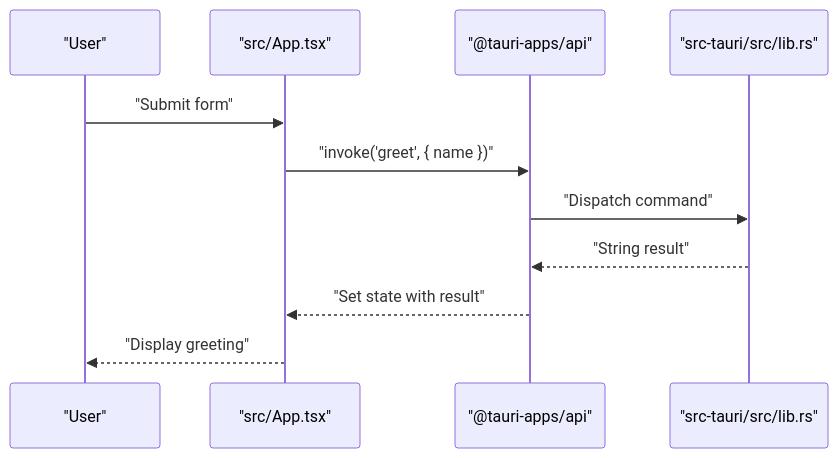
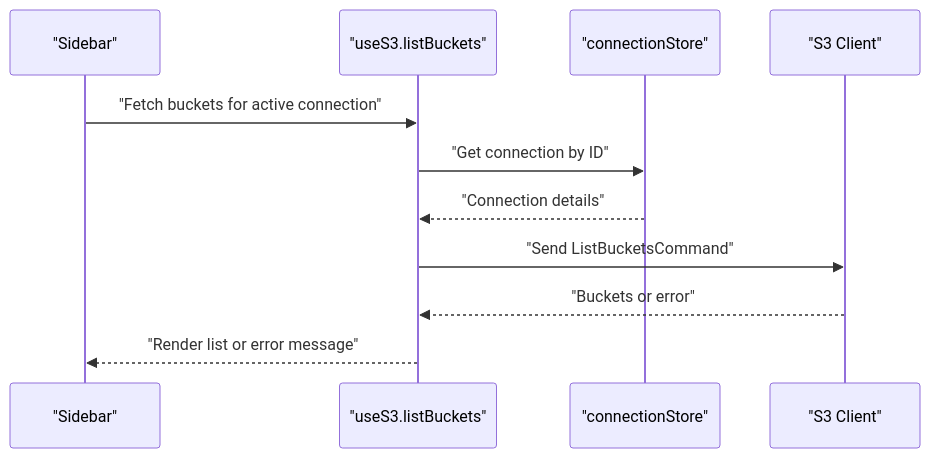
The sixth of 7 diagrams in .qoder/repowiki/en/content/Troubleshooting.md (nasrulhadi/s3-explorer), drawn with Mermaid before and after one commit. The commit also changed other lines of this file and 46 other files, not shown here.

````diff
--- a/.qoder/repowiki/en/content/Troubleshooting.md
+++ b/.qoder/repowiki/en/content/Troubleshooting.md
@@ -136,13 +257,13 @@
 ```mermaid
 sequenceDiagram
-participant User as "User"
-participant UI as "src/App.tsx"
-participant TauriJS as "@tauri-apps/api"
-participant Backend as "src-tauri/src/lib.rs"
-User->>UI : "Submit form"
-UI->>TauriJS : "invoke('greet', { name })"
-TauriJS->>Backend : "Dispatch command"
-Backend-->>TauriJS : "String result"
-TauriJS-->>UI : "Set state with result"
-UI-->>User : "Display greeting"
+participant Sidebar as "Sidebar"
+participant S3Hook as "useS3.listBuckets"
+participant Store as "connectionStore"
+participant S3 as "S3 Client"
+Sidebar->>S3Hook : "Fetch buckets for active connection"
+S3Hook->>Store : "Get connection by ID"
+Store-->>S3Hook : "Connection details"
+S3Hook->>S3 : "Send ListBucketsCommand"
+S3-->>S3Hook : "Buckets or error"
+S3Hook-->>Sidebar : "Render list or error message"
 ```
````
